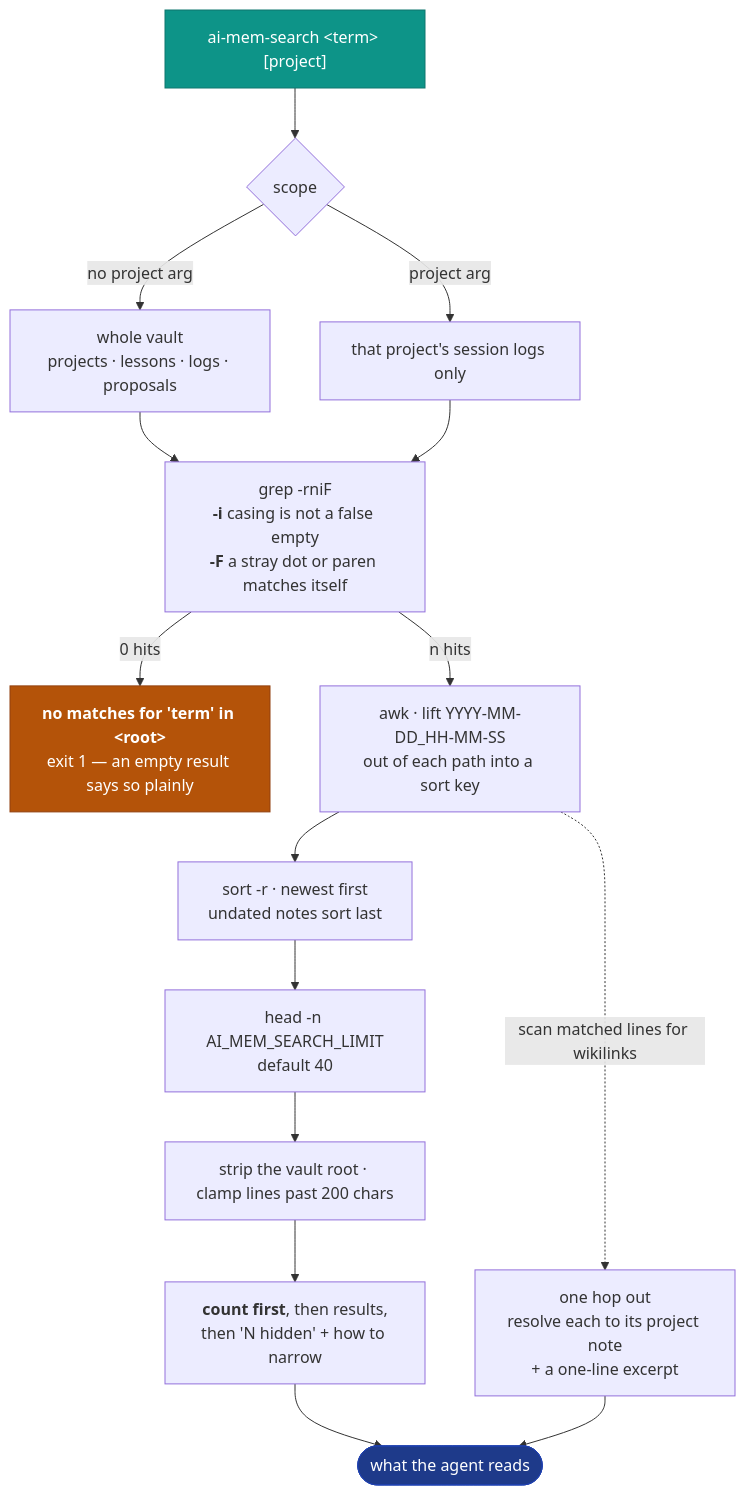
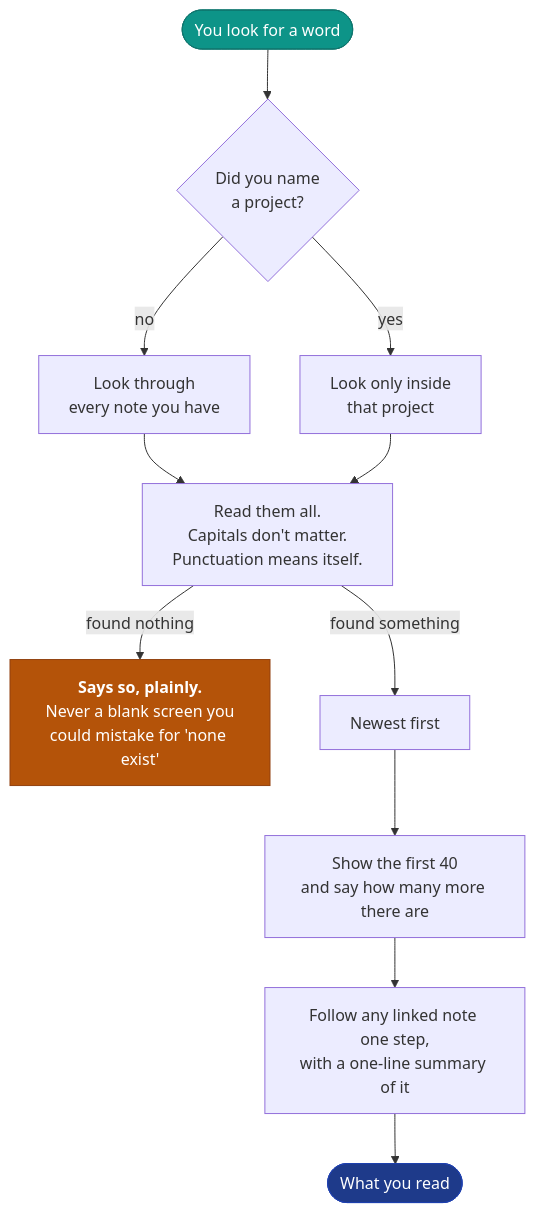
One commit to rambaarde/create-ai-memory changed the second of 2 diagrams in README.md. Above: the diagram before and after it, drawn with Mermaid. The commit also changed other lines of this file, not shown here.

Commit message:
docs(readme): say what search does before saying how it does it
The search diagram was drawn from the implementation, so its boxes read
grep -rniF, awk lifting a YYYY-MM-DD_HH-MM-SS sort key, head -n
AI_MEM_SEARCH_LIMIT. That is accurate and useless to anyone who has not
already read the source -- the picture, which should be the easiest part of
the section, was the hardest.

Redrawn in plain language: look for a word, decide whether to search
everything or one project, read the notes, say so if nothing matched, show
the newest first, cap the list and admit how much was withheld, follow a
link one step. No command names, no flags, no environment variables. Eleven
nodes instead of a long implementation chain.

The opening paragraph led with grep too, so it is rewritten to say what the
behavior is -- notes are read directly, nothing is prepared in advance,
nothing goes stale -- and the mechanism moves to a handoff line after the
diagram, which now tells a reader who does not need it to skip ahead.

No claim changed; the technical detail underneath is untouched.

````diff
--- a/README.md
+++ b/README.md
@@ -349,24 +348,20 @@
 ```mermaid
 flowchart TD
-    A["ai-mem-search &lt;term&gt; [project]"] --> B{"scope"}
-    B -->|"no project arg"| C["whole vault<br/>projects · lessons · logs · proposals"]
-    B -->|"project arg"| D["that project's session logs only"]
-    C --> E["grep -rniF<br/><b>-i</b> casing is not a false empty<br/><b>-F</b> a stray dot or paren matches itself"]
+    A(["You look for a word"]) --> B{"Did you name<br/>a project?"}
+    B -->|"no"| C["Look through<br/>every note you have"]
+    B -->|"yes"| D["Look only inside<br/>that project"]
+    C --> E["Read them all.<br/>Capitals don't matter.<br/>Punctuation means itself."]
     D --> E
-    E -->|"0 hits"| Z["<b>no matches for 'term' in &lt;root&gt;</b><br/>exit 1 — an empty result says so plainly"]
-    E -->|"n hits"| F["awk · lift YYYY-MM-DD_HH-MM-SS<br/>out of each path into a sort key"]
-    F --> G["sort -r · newest first<br/>undated notes sort last"]
-    G --> H["head -n AI_MEM_SEARCH_LIMIT<br/>default 40"]
-    H --> I["strip the vault root · clamp lines past 200 chars"]
-    I --> J["<b>count first</b>, then results,<br/>then 'N hidden' + how to narrow"]
-    F -.->|"scan matched lines for wikilinks"| K["one hop out<br/>resolve each to its project note<br/>+ a one-line excerpt"]
-    J --> L(["what the agent reads"])
-    K --> L
+    E -->|"found nothing"| F["<b>Says so, plainly.</b><br/>Never a blank screen you<br/>could mistake for 'none exist'"]
+    E -->|"found something"| G["Newest first"]
+    G --> H["Show the first 40<br/>and say how many more there are"]
+    H --> I["Follow any linked note one step,<br/>with a one-line summary of it"]
+    I --> J(["What you read"])
 
-    classDef term fill:#0d9488,stroke:#0f766e,color:#fff
-    classDef guard fill:#b45309,stroke:#92400e,color:#fff
-    classDef out fill:#1e3a8a,stroke:#1e40af,color:#fff
-    class A term
-    class Z guard
-    class L out
+    classDef ask fill:#0d9488,stroke:#0f766e,color:#fff
+    classDef care fill:#b45309,stroke:#92400e,color:#fff
+    classDef done fill:#1e3a8a,stroke:#1e40af,color:#fff
+    class A ask
+    class F care
+    class J done
 ```
````
